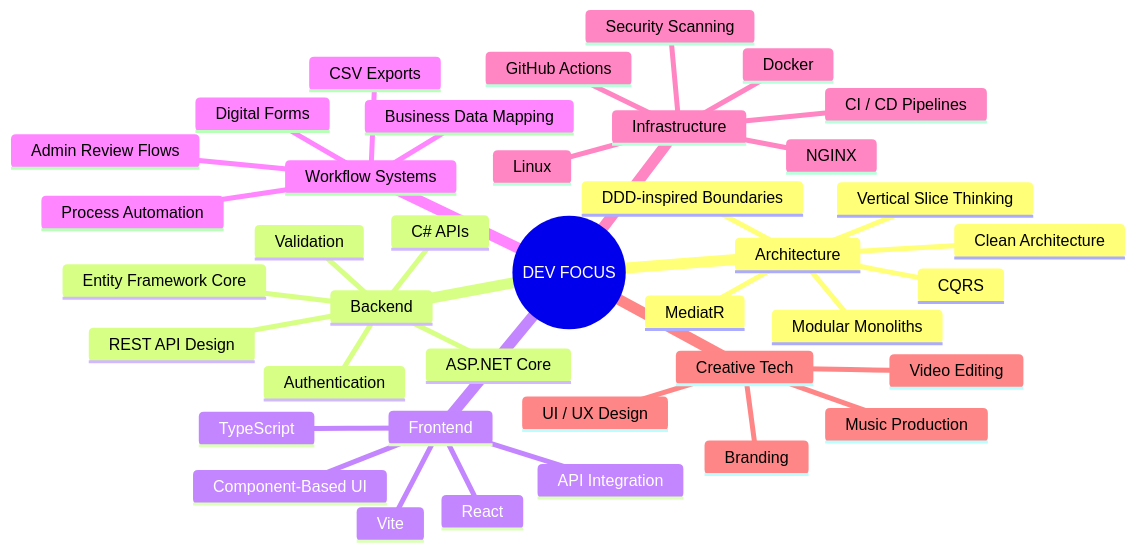
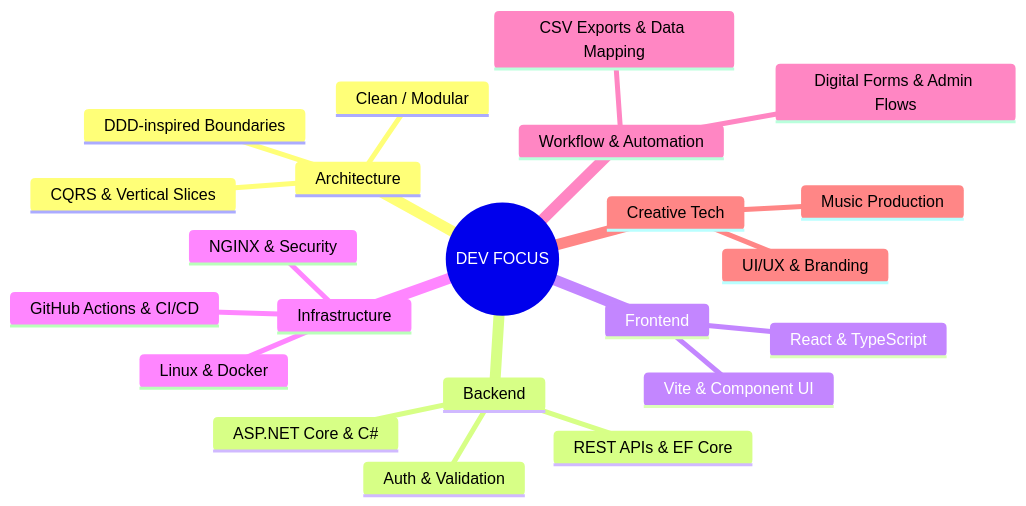
One commit to wizard-nazim/wizard-nazim changed the diagram in README.md. Above: the diagram before and after it, drawn with Mermaid. The commit also changed other lines of this file, not shown here.

````diff
--- a/README.md
+++ b/README.md
@@ -139,47 +125,25 @@
 ```mermaid
 mindmap
   root((DEV FOCUS))
     Architecture
-      Clean Architecture
-      Modular Monoliths
-      CQRS
+      Clean / Modular
+      CQRS & Vertical Slices
       DDD-inspired Boundaries
-      MediatR
-      Vertical Slice Thinking
-
     Backend
-      ASP.NET Core
-      C# APIs
-      REST API Design
-      Entity Framework Core
-      Authentication
-      Validation
-
+      ASP.NET Core & C#
+      REST APIs & EF Core
+      Auth & Validation
     Frontend
-      React
-      TypeScript
-      Vite
-      API Integration
-      Component-Based UI
-
-    Workflow Systems
-      Digital Forms
-      Admin Review Flows
-      CSV Exports
-      Business Data Mapping
-      Process Automation
-
+      React & TypeScript
+      Vite & Component UI
     Infrastructure
-      Linux
-      GitHub Actions
-      CI / CD Pipelines
-      Docker
-      NGINX
-      Security Scanning
-
+      Linux & Docker
+      GitHub Actions & CI/CD
+      NGINX & Security
+    Workflow & Automation
+      Digital Forms & Admin Flows
+      CSV Exports & Data Mapping
     Creative Tech
-      UI / UX Design
-      Branding
+      UI/UX & Branding
       Music Production
-      Video Editing
 ```
````
